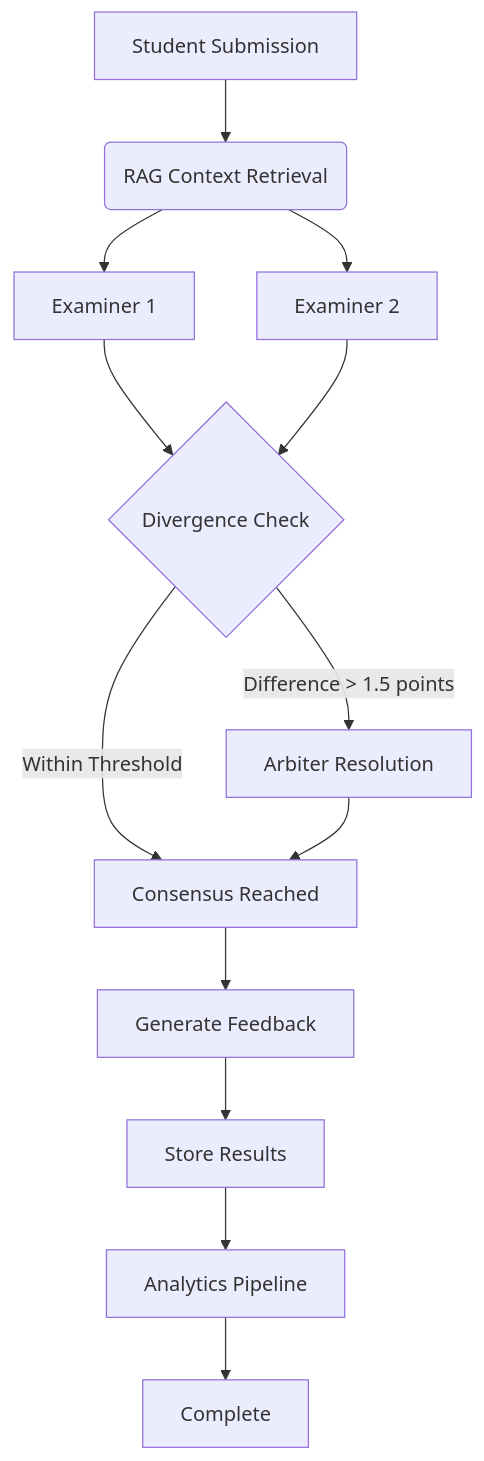
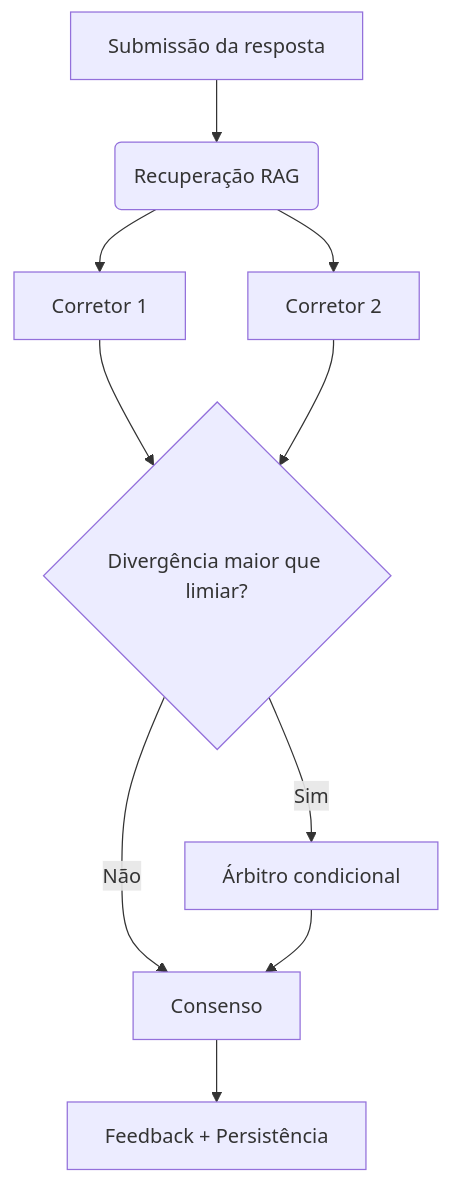
One commit to savinoo/ai-grading-system changed the diagram in README.md. Above: the diagram before and after it, drawn with Mermaid. The commit also changed other lines of this file, not shown here.

````diff
--- a/README.md
+++ b/README.md
@@ -42,15 +58,12 @@
 ```mermaid
 graph TD
-    A[Student Submission] --> B(RAG Context Retrieval)
-    B --> C1[Examiner 1]
-    B --> C2[Examiner 2]
-    C1 --> D{Divergence Check}
+    A[Submissão da resposta] --> B(Recuperação RAG)
+    B --> C1[Corretor 1]
+    B --> C2[Corretor 2]
+    C1 --> D{Divergência maior que limiar?}
     C2 --> D
-    D -->|Difference > 1.5 points| E[Arbiter Resolution]
-    D -->|Within Threshold| F[Consensus Reached]
+    D -->|Sim| E[Árbitro condicional]
+    D -->|Não| F[Consenso]
     E --> F
-    F --> G[Generate Feedback]
-    G --> H[Store Results]
-    H --> I[Analytics Pipeline]
-    I --> J[Complete]
+    F --> G[Feedback + Persistência]
 ```
````
